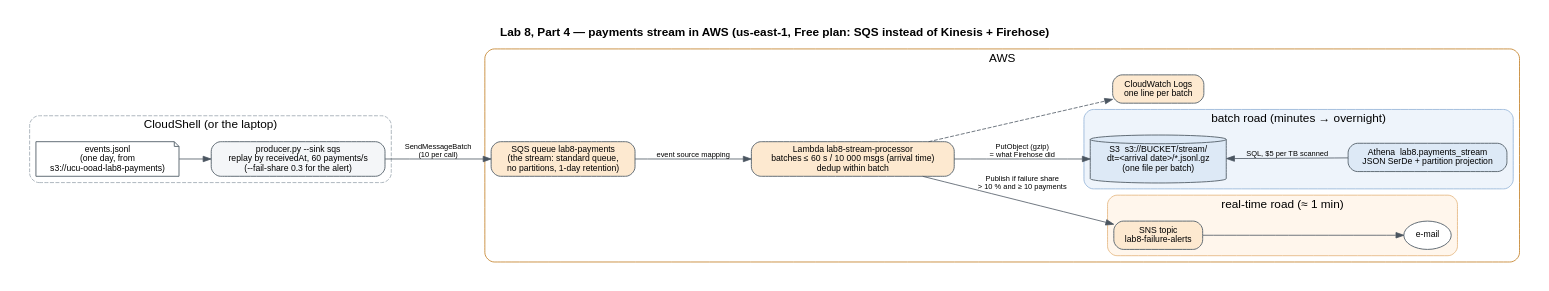
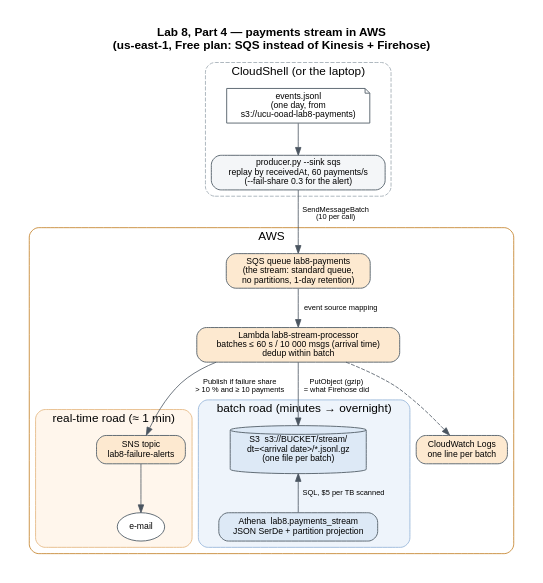
The diagram in docs/lab8/part4-pipeline.dot (yuliiayakymiv/spry), drawn with Graphviz before and after one commit. The commit also changed 2 other files, not shown here.

Commit message:
Lab 8: vertical Part 4 diagram

```diff
--- a/docs/lab8/part4-pipeline.dot
+++ b/docs/lab8/part4-pipeline.dot
@@ -1,34 +1,34 @@
 digraph lab8 {
-  rankdir=LR; bgcolor="white"; pad=0.3; nodesep=0.45; ranksep=0.55;
+  rankdir=TB; bgcolor="white"; pad=0.3; nodesep=0.45; ranksep=0.55;
   node [shape=box, style="rounded,filled", fontname="Helvetica", fontsize=11, fillcolor="#f4f6f8", color="#5b6770", penwidth=1.2];
   edge [fontname="Helvetica", fontsize=9.5, color="#4a5560"];
-  label="Lab 8, Part 4 — payments stream in AWS (us-east-1, Free plan: SQS instead of Kinesis + Firehose)"; labelloc=t; fontname="Helvetica-Bold"; fontsize=15;
+  label="Lab 8, Part 4 — payments stream in AWS\n(us-east-1, Free plan: SQS instead of Kinesis + Firehose)"; labelloc=t; fontname="Helvetica-Bold"; fontsize=15;
 
   subgraph cluster_src { label="CloudShell (or the laptop)"; style="rounded,dashed"; color="#9aa5ae"; fontname="Helvetica";
     data [label="events.jsonl\n(one day, from\ns3://ucu-ooad-lab8-payments)", shape=note, fillcolor="#ffffff"];
     prod [label="producer.py --sink sqs\nreplay by receivedAt, 60 payments/s\n(--fail-share 0.3 for the alert)"];
     data -> prod;
   }
 
   subgraph cluster_aws { label="AWS"; style="rounded"; color="#c0791b"; fontname="Helvetica";
     sqs  [label="SQS queue lab8-payments\n(the stream: standard queue,\nno partitions, 1-day retention)", fillcolor="#fde9d0"];
     lam  [label="Lambda lab8-stream-processor\nbatches ≤ 60 s / 10 000 msgs (arrival time)\ndedup within batch", fillcolor="#fde9d0"];
     subgraph cluster_rt { label="real-time road (≈ 1 min)"; style="rounded,filled"; fillcolor="#fff6ec"; color="#e3b37a";
       sns  [label="SNS topic\nlab8-failure-alerts", fillcolor="#fde9d0"];
       mail [label="e-mail", shape=ellipse, fillcolor="#ffffff"];
     }
     subgraph cluster_batch { label="batch road (minutes → overnight)"; style="rounded,filled"; fillcolor="#eef4fb"; color="#8fb0d6";
       s3   [label="S3  s3://BUCKET/stream/\ndt=<arrival date>/*.jsonl.gz\n(one file per batch)", shape=cylinder, fillcolor="#dde9f6"];
       ath  [label="Athena  lab8.payments_stream\nJSON SerDe + partition projection", fillcolor="#dde9f6"];
     }
     cw [label="CloudWatch Logs\none line per batch", fillcolor="#fde9d0"];
   }
 
   prod -> sqs [label="SendMessageBatch\n(10 per call)"];
   sqs  -> lam [label="event source mapping"];
   lam  -> s3  [label="PutObject (gzip)\n= what Firehose did"];
   lam  -> sns [label="Publish if failure share\n> 10 % and ≥ 10 payments"];
   sns  -> mail;
   lam  -> cw  [style=dashed];
   s3   -> ath [label="SQL, $5 per TB scanned", dir=back];
 }
```
